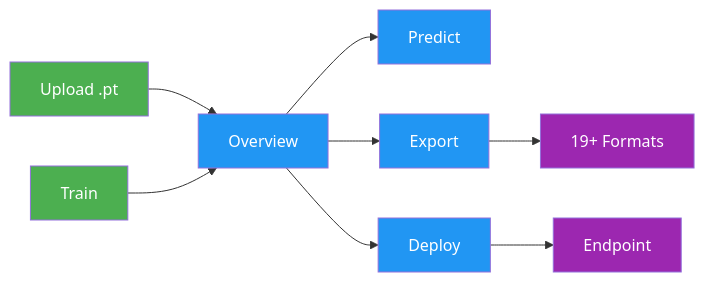
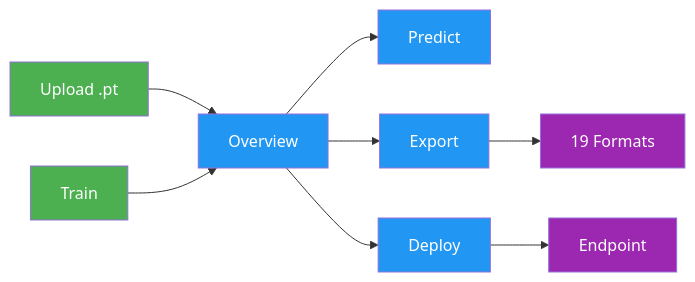
The first of 2 diagrams in docs/en/platform/train/models.md (ultralytics/ultralytics), drawn with Mermaid before and after one commit. The commit also changed other lines of this file and 29 other files, not shown here.

````diff
--- a/docs/en/platform/train/models.md
+++ b/docs/en/platform/train/models.md
@@ -56,14 +55,14 @@
 ```mermaid
 graph LR
     A[Upload .pt]:::start --> B[Overview]:::proc
     C[Train]:::start --> B
     B --> D[Predict]:::proc
     B --> E[Export]:::proc
     B --> F[Deploy]:::proc
-    E --> G[19+ Formats]:::out
+    E --> G[19 Formats]:::out
     F --> H[Endpoint]:::out
 
     classDef start fill:#4CAF50,color:#fff
     classDef proc fill:#2196F3,color:#fff
     classDef out fill:#9C27B0,color:#fff
 ```
````
